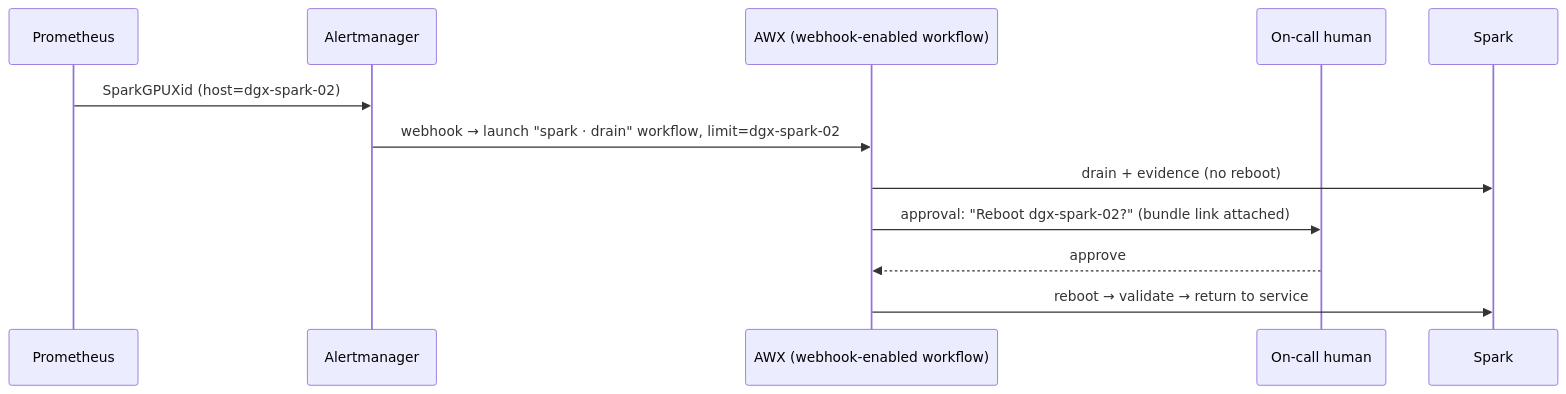
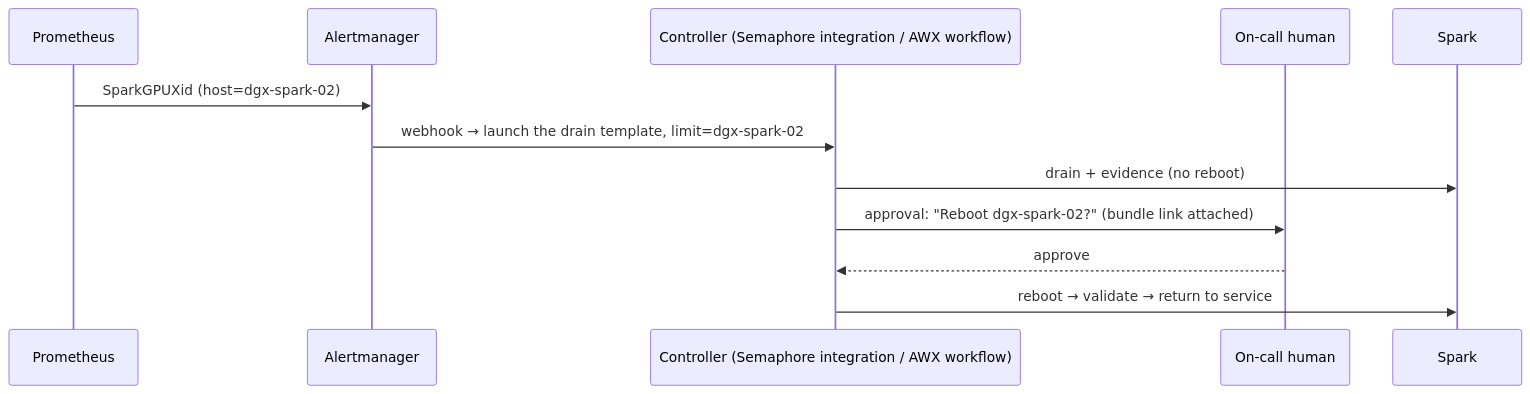
Before and after one commit to cloudone365/technical-depth: the second of 2 diagrams in 01 Ansible/24-cluster-wide-emergency-drain-and-remediation.md, drawn with Mermaid. The commit also changed other lines of this file and 37 other files, not shown here.

First line of the commit message:
Docs: Semaphore + vault01 management plane, dgx-spark-01 as a target

````diff
--- a/01 Ansible/24-cluster-wide-emergency-drain-and-remediation.md
+++ b/01 Ansible/24-cluster-wide-emergency-drain-and-remediation.md
@@ -352,14 +375,14 @@
 ```mermaid
 sequenceDiagram
   participant P as Prometheus
   participant AM as Alertmanager
-  participant AWX as AWX (webhook-enabled workflow)
+  participant AWX as Controller (Semaphore integration / AWX workflow)
   participant OPS as On-call human
   participant S as Spark
   P->>AM: SparkGPUXid (host=dgx-spark-02)
-  AM->>AWX: webhook → launch "spark · drain" workflow, limit=dgx-spark-02
+  AM->>AWX: webhook → launch the drain template, limit=dgx-spark-02
   AWX->>S: drain + evidence (no reboot)
   AWX->>OPS: approval: "Reboot dgx-spark-02?" (bundle link attached)
   OPS-->>AWX: approve
   AWX->>S: reboot → validate → return to service
 ```
````
